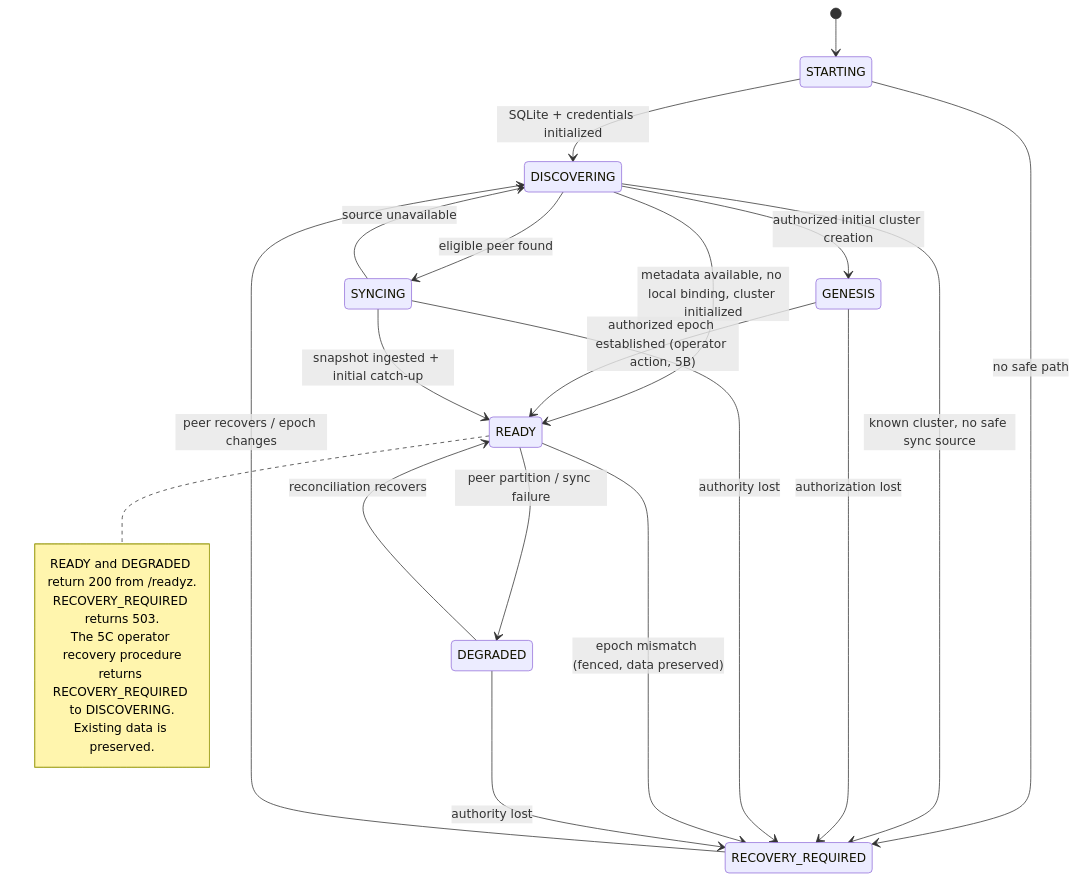
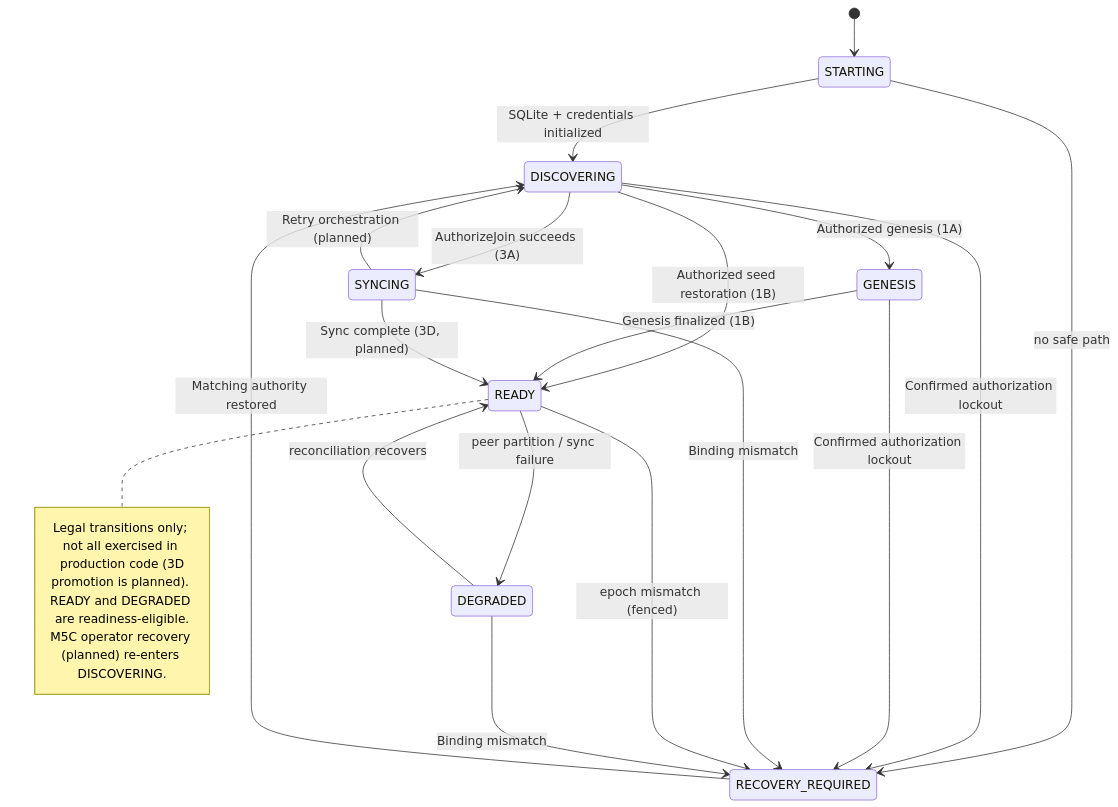
The diagram in docs/diagrams/lifecycle-5a.mmd (hirebrianm/gossipgrid), drawn with Mermaid before and after one commit. The commit also changed 34 other files, not shown here.

```diff
--- a/docs/diagrams/lifecycle-5a.mmd
+++ b/docs/diagrams/lifecycle-5a.mmd
@@ -1,25 +1,23 @@
 stateDiagram-v2
   [*] --> STARTING
   STARTING --> DISCOVERING: SQLite + credentials initialized
   STARTING --> RECOVERY_REQUIRED: no safe path
-  DISCOVERING --> SYNCING: eligible peer found
-  DISCOVERING --> GENESIS: authorized initial cluster creation
-  DISCOVERING --> READY: metadata available, no local binding, cluster initialized
-  DISCOVERING --> RECOVERY_REQUIRED: known cluster, no safe sync source
-  GENESIS --> READY: authorized epoch established (operator action, 5B)
-  GENESIS --> RECOVERY_REQUIRED: authorization lost
-  SYNCING --> READY: snapshot ingested + initial catch-up
-  SYNCING --> DISCOVERING: source unavailable
-  SYNCING --> RECOVERY_REQUIRED: authority lost
+  DISCOVERING --> SYNCING: AuthorizeJoin succeeds (3A)
+  DISCOVERING --> GENESIS: Authorized genesis (1A)
+  DISCOVERING --> READY: Authorized seed restoration (1B)
+  DISCOVERING --> RECOVERY_REQUIRED: Confirmed authorization lockout
+  GENESIS --> READY: Genesis finalized (1B)
+  GENESIS --> RECOVERY_REQUIRED: Confirmed authorization lockout
+  SYNCING --> READY: Sync complete (3D, planned)
+  SYNCING --> DISCOVERING: Retry orchestration (planned)
+  SYNCING --> RECOVERY_REQUIRED: Binding mismatch
   READY --> DEGRADED: peer partition / sync failure
-  READY --> RECOVERY_REQUIRED: epoch mismatch (fenced, data preserved)
+  READY --> RECOVERY_REQUIRED: epoch mismatch (fenced)
   DEGRADED --> READY: reconciliation recovers
-  DEGRADED --> RECOVERY_REQUIRED: authority lost
-  RECOVERY_REQUIRED --> DISCOVERING: peer recovers / epoch changes
+  DEGRADED --> RECOVERY_REQUIRED: Binding mismatch
+  RECOVERY_REQUIRED --> DISCOVERING: Matching authority restored
   note right of READY
-      READY and DEGRADED return 200 from /readyz.
-      RECOVERY_REQUIRED returns 503.
-      The 5C operator recovery procedure
-      returns RECOVERY_REQUIRED to DISCOVERING.
-      Existing data is preserved.
+      Legal transitions only; not all exercised in production code (3D
+      promotion is planned). READY and DEGRADED are readiness-eligible.
+      M5C operator recovery (planned) re-enters DISCOVERING.
   end note
```
